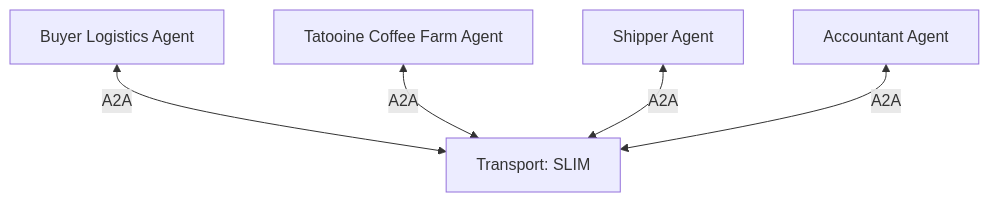
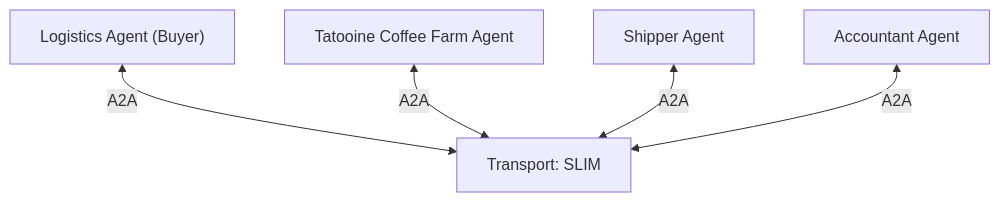
One commit to agntcy/coffeeAgntcy changed the diagram in coffeeAGNTCY/coffee_agents/lungo/api/agentic_workflows/docs/workflows/group_messaging.md. Above: the diagram before and after it, drawn with Mermaid. The commit also changed other lines of this file and 27 other files, not shown here.

````diff
--- a/coffeeAGNTCY/coffee_agents/lungo/api/agentic_workflows/docs/workflows/group_messaging.md
+++ b/coffeeAGNTCY/coffee_agents/lungo/api/agentic_workflows/docs/workflows/group_messaging.md
@@ -5,13 +5,13 @@
 ```mermaid
 graph TD
     Transport["Transport: SLIM"]
-    Buyer["Buyer Logistics Agent"]
+    Buyer["Logistics Agent (Buyer)"]
     Farm["Tatooine Coffee Farm Agent"]
     Shipper["Shipper Agent"]
     Accountant["Accountant Agent"]
 
     Buyer <-->|"A2A"| Transport
     Farm <-->|"A2A"| Transport
     Shipper <-->|"A2A"| Transport
     Accountant <-->|"A2A"| Transport
 ```
````
